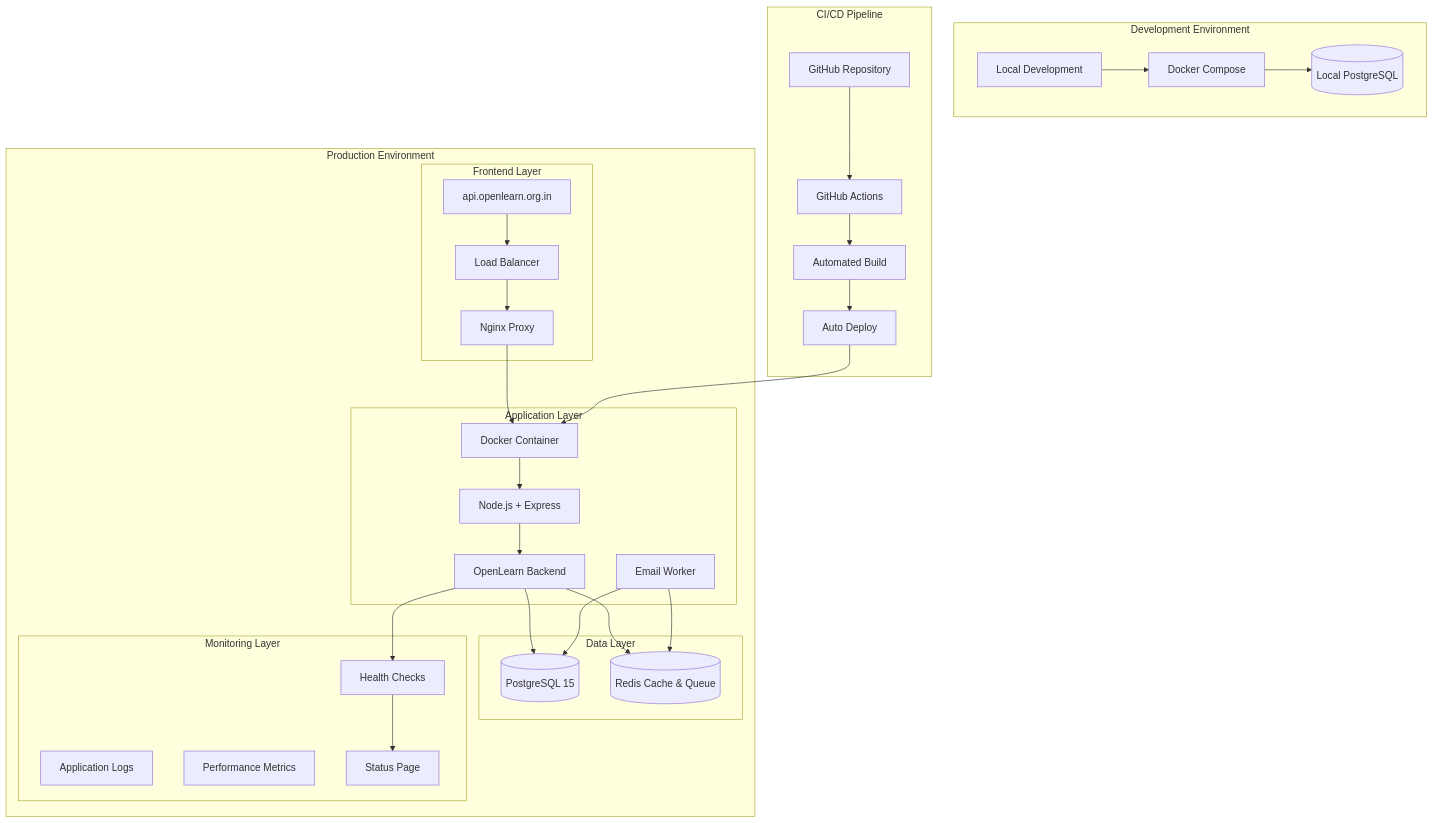
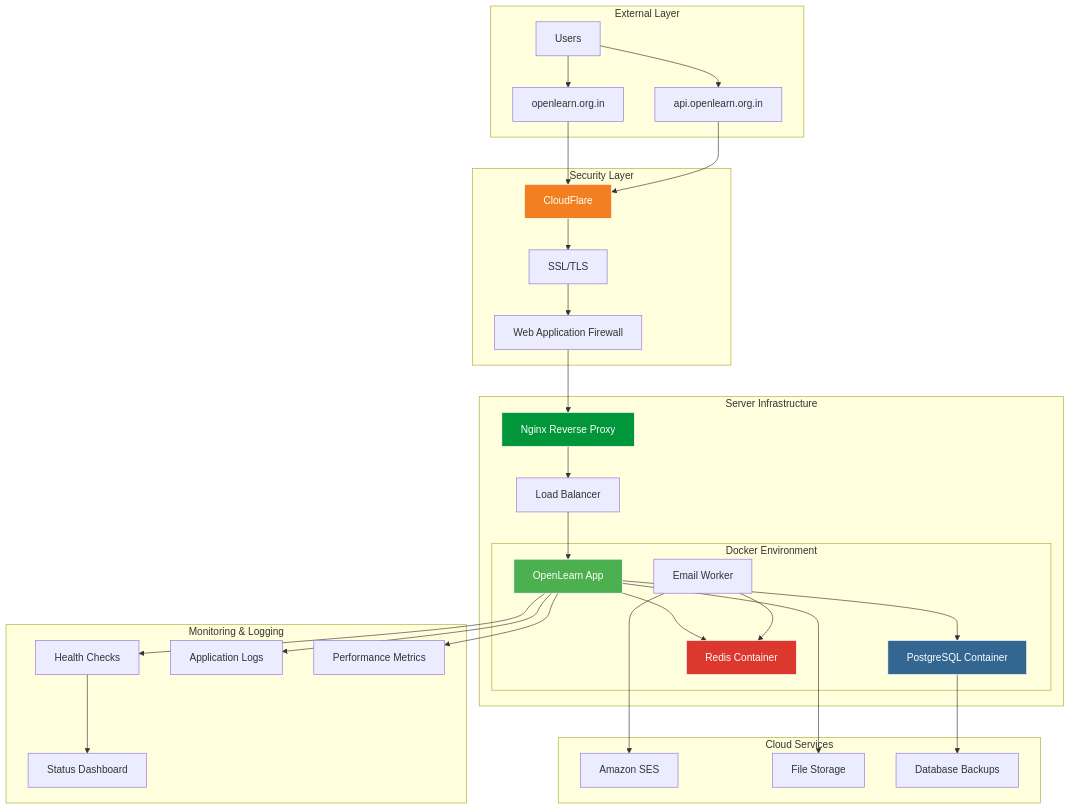
Before and after one commit to openlearnnitj/openlearn-backend: the fifth of 9 diagrams in README.md, drawn with Mermaid. The commit also changed other lines of this file and 63 other files, not shown here.

````diff
--- a/README.md
+++ b/README.md
@@ -425,62 +511,68 @@
 ```mermaid
 graph TB
-    subgraph "Production Environment"
-        subgraph "Frontend Layer"
-            DOMAIN[api.openlearn.org.in]
-            LB[Load Balancer]
-            NGINX[Nginx Proxy]
-        end
+    subgraph "External Layer"
+        USER[Users]
+        DOMAIN[openlearn.org.in]
+        API_DOMAIN[api.openlearn.org.in]
+    end
+    
+    subgraph "Security Layer"
+        CF[CloudFlare]
+        SSL[SSL/TLS]
+        WAF[Web Application Firewall]
+    end
+    
+    subgraph "Server Infrastructure"
+        NGINX[Nginx Reverse Proxy]
+        LB[Load Balancer]
         
-        subgraph "Application Layer"
-            DOCKER[Docker Container]
-            NODE[Node.js + Express]
-            APP[OpenLearn Backend]
-            WORKER[Email Worker]
-        end
-        
-        subgraph "Data Layer"
-            PG[(PostgreSQL 15)]
-            REDIS[(Redis Cache & Queue)]
-        end
-        
-        subgraph "Monitoring Layer"
-            HEALTH[Health Checks]
-            LOGS[Application Logs]
-            METRICS[Performance Metrics]
-            STATUS[Status Page]
+        subgraph "Docker Environment"
+            APP_CONTAINER[OpenLearn App]
+            DB_CONTAINER[PostgreSQL Container]
+            REDIS_CONTAINER[Redis Container]
+            EMAIL_WORKER[Email Worker]
         end
     end
     
-    subgraph "Development Environment"
-        LOCAL[Local Development]
-        COMPOSE[Docker Compose]
-        DEV_DB[(Local PostgreSQL)]
+    subgraph "Monitoring & Logging"
+        HEALTH[Health Checks]
+        LOGS[Application Logs]
+        METRICS[Performance Metrics]
+        STATUS_PAGE[Status Dashboard]
     end
     
-    subgraph "CI/CD Pipeline"
-        GITHUB[GitHub Repository]
-        ACTIONS[GitHub Actions]
-        BUILD[Automated Build]
-        DEPLOY[Auto Deploy]
+    subgraph "Cloud Services"
+        AWS_SES[Amazon SES]
+        STORAGE[File Storage]
+        BACKUP[Database Backups]
     end
     
-    DOMAIN --> LB
-    LB --> NGINX
-    NGINX --> DOCKER
-    DOCKER --> NODE
-    NODE --> APP
-    APP --> PG
-    APP --> REDIS
-    APP --> HEALTH
-    WORKER --> REDIS
-    WORKER --> PG
-    HEALTH --> STATUS
+    USER --> DOMAIN
+    USER --> API_DOMAIN
+    DOMAIN --> CF
+    API_DOMAIN --> CF
+    CF --> SSL
+    SSL --> WAF
+    WAF --> NGINX
+    NGINX --> LB
+    LB --> APP_CONTAINER
     
-    LOCAL --> COMPOSE
-    COMPOSE --> DEV_DB
+    APP_CONTAINER --> DB_CONTAINER
+    APP_CONTAINER --> REDIS_CONTAINER
+    EMAIL_WORKER --> REDIS_CONTAINER
+    EMAIL_WORKER --> AWS_SES
     
-    GITHUB --> ACTIONS
-    ACTIONS --> BUILD
-    BUILD --> DEPLOY
-    DEPLOY --> DOCKER
+    APP_CONTAINER --> HEALTH
+    APP_CONTAINER --> LOGS
+    APP_CONTAINER --> METRICS
+    HEALTH --> STATUS_PAGE
+    
+    DB_CONTAINER --> BACKUP
+    APP_CONTAINER --> STORAGE
+    
+    style APP_CONTAINER fill:#4CAF50,stroke:#fff,color:#fff
+    style DB_CONTAINER fill:#336791,stroke:#fff,color:#fff
+    style REDIS_CONTAINER fill:#DC382D,stroke:#fff,color:#fff
+    style NGINX fill:#009639,stroke:#fff,color:#fff
+    style CF fill:#F38020,stroke:#fff,color:#fff
 ```
````
